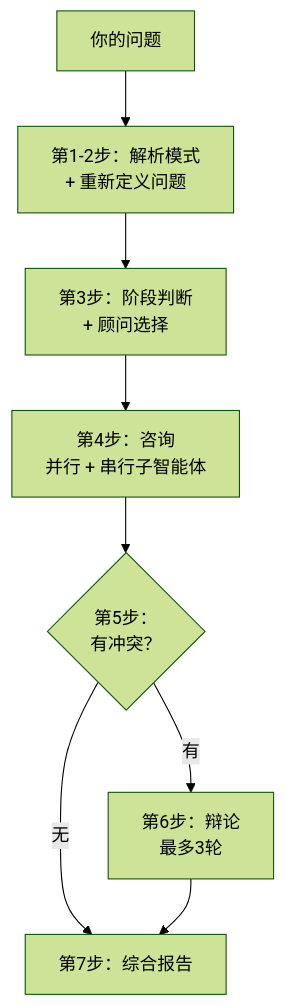
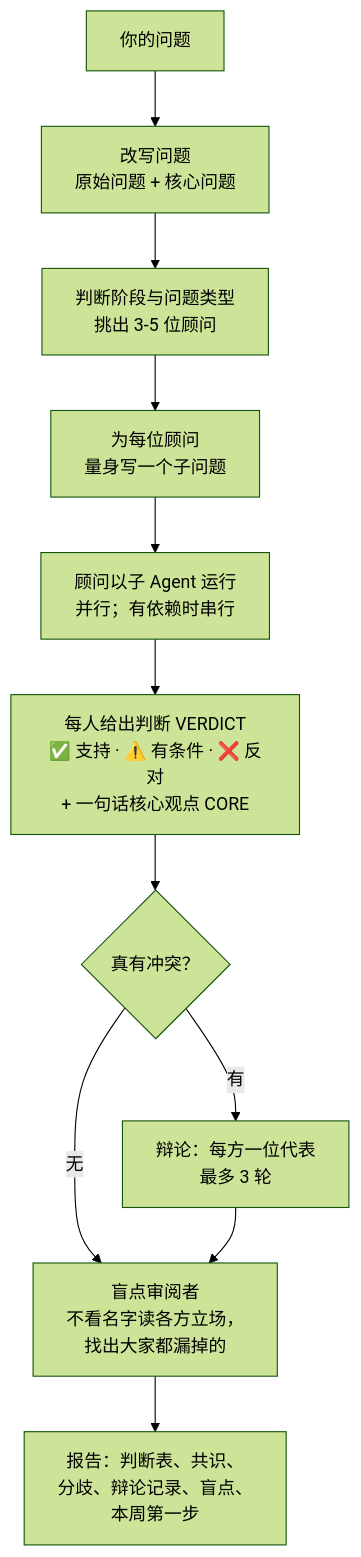
One commit to wolfqing/QadvisorSkills changed the diagram in README.zh-CN.md. Above: the diagram before and after it, drawn with Mermaid (forest theme). The commit also changed other lines of this file and 128 other files, not shown here.

````diff
--- a/README.zh-CN.md
+++ b/README.zh-CN.md
@@ -127,10 +191,13 @@
 ```mermaid
 flowchart TD
-    Q[你的问题] --> R[第1-2步：解析模式<br/>+ 重新定义问题]
-    R --> S[第3步：阶段判断<br/>+ 顾问选择]
-    S --> P[第4步：咨询<br/>并行 + 串行子智能体]
-    P --> C{第5步：<br/>有冲突？}
-    C -- 无 --> REP[第7步：综合报告]
-    C -- 有 --> D[第6步：辩论<br/>最多3轮]
-    D --> REP
+    Q["你的问题"] --> R["改写问题<br/>原始问题 + 核心问题"]
+    R --> S["判断阶段与问题类型<br/>挑出 3-5 位顾问"]
+    S --> T["为每位顾问<br/>量身写一个子问题"]
+    T --> P["顾问以子 Agent 运行<br/>并行；有依赖时串行"]
+    P --> V["每人给出判断 VERDICT<br/>✅ 支持 · ⚠️ 有条件 · ❌ 反对<br/>+ 一句话核心观点 CORE"]
+    V --> C{"真有冲突？"}
+    C -- 有 --> D["辩论：每方一位代表<br/>最多 3 轮"]
+    C -- 无 --> B
+    D --> B["盲点审阅者<br/>不看名字读各方立场，<br/>找出大家都漏掉的"]
+    B --> REP["报告：判断表、共识、<br/>分歧、辩论记录、盲点、<br/>本周第一步"]
 ```
````
